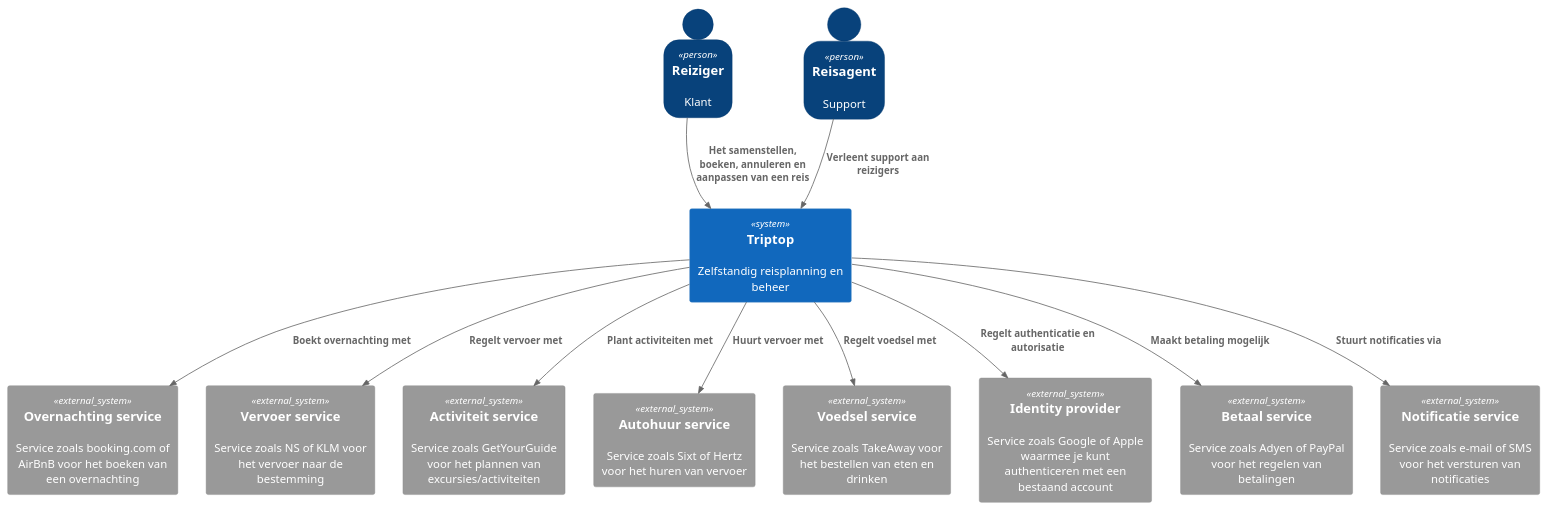
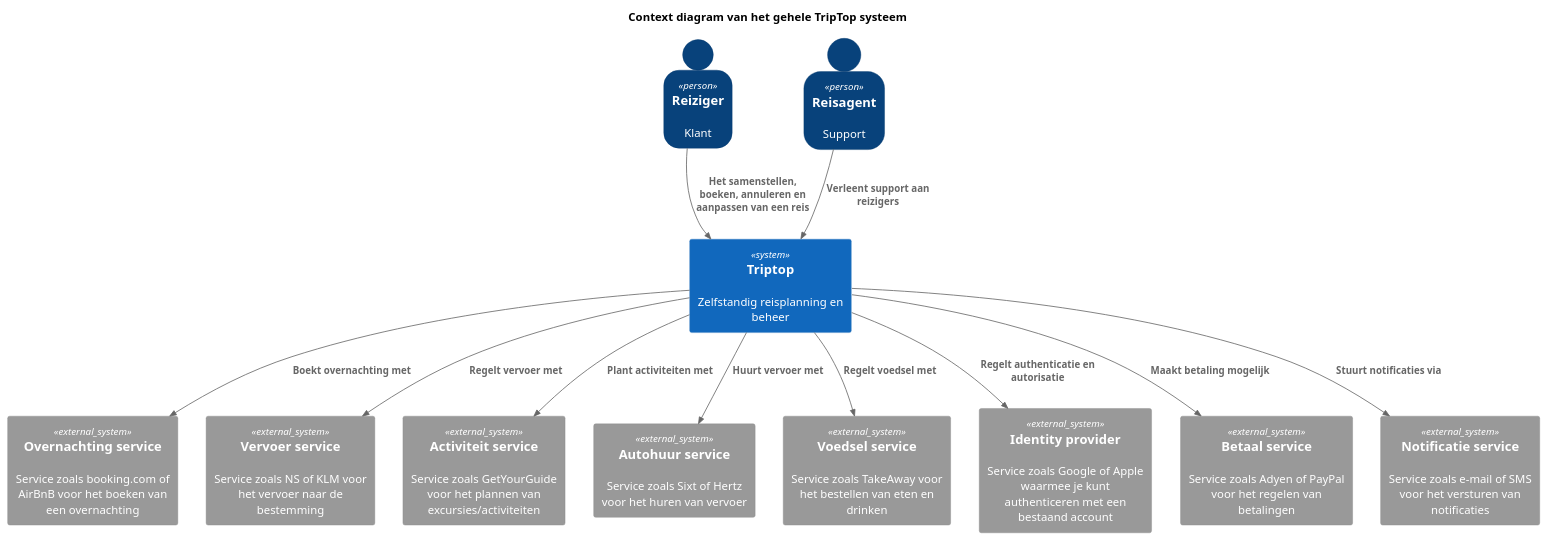
One commit to AIM-ENE-feb25/triptop-de-broederbond-fgs changed the diagram in groeps-uitwerkingen/week1/diagrammen/context/context-diagram.puml. Above: the diagram before and after it, drawn with PlantUML. The commit also changed 10 other files, not shown here.

```diff
--- a/groeps-uitwerkingen/week1/diagrammen/context/context-diagram.puml
+++ b/groeps-uitwerkingen/week1/diagrammen/context/context-diagram.puml
@@ -1,33 +1,35 @@
 @startuml
+
+title Context diagram van het gehele TripTop systeem
 
 !include  https://raw.githubusercontent.com/plantuml-stdlib/C4-PlantUML/master/C4_Container.puml
 
 SHOW_PERSON_OUTLINE()
 
 Person("Reiziger", "Reiziger", "Klant")
 Person("Reisagent", "Reisagent", "Support")
 
 System("Triptop", "Triptop", "Zelfstandig reisplanning en beheer")
 
 Rel("Reiziger", "Triptop", "Het samenstellen, boeken, annuleren en aanpassen van een reis")
 Rel("Reisagent", "Triptop", "Verleent support aan reizigers")
 
 System_Ext("OvernachtingService", "Overnachting service", "Service zoals booking.com of AirBnB voor het boeken van een overnachting")
 System_Ext("VervoerService", "Vervoer service", "Service zoals NS of KLM voor het vervoer naar de bestemming")
 System_Ext("ActiviteitService", "Activiteit service", "Service zoals GetYourGuide voor het plannen van excursies/activiteiten")
 System_Ext("AutohuurService", "Autohuur service", "Service zoals Sixt of Hertz voor het huren van vervoer")
 System_Ext("VoedselService", "Voedsel service", "Service zoals TakeAway voor het bestellen van eten en drinken")
 System_Ext("IdentityProvider","Identity provider", "Service zoals Google of Apple waarmee je kunt authenticeren met een bestaand account")
 System_Ext("PaymentProvider","Betaal service", "Service zoals Adyen of PayPal voor het regelen van betalingen")
 System_Ext("NotificatieService", "Notificatie service", "Service zoals e-mail of SMS voor het versturen van notificaties")
 
 Rel("Triptop", "OvernachtingService", "Boekt overnachting met")
 Rel("Triptop", "VervoerService", "Regelt vervoer met")
 Rel("Triptop", "ActiviteitService", "Plant activiteiten met")
 Rel("Triptop", "AutohuurService", "Huurt vervoer met")
 Rel("Triptop", "VoedselService", "Regelt voedsel met")
 Rel("Triptop", "PaymentProvider", "Maakt betaling mogelijk")
 Rel("Triptop", "IdentityProvider", "Regelt authenticatie en autorisatie")
 Rel("Triptop", "NotificatieService", "Stuurt notificaties via")
 
 @enduml
```
